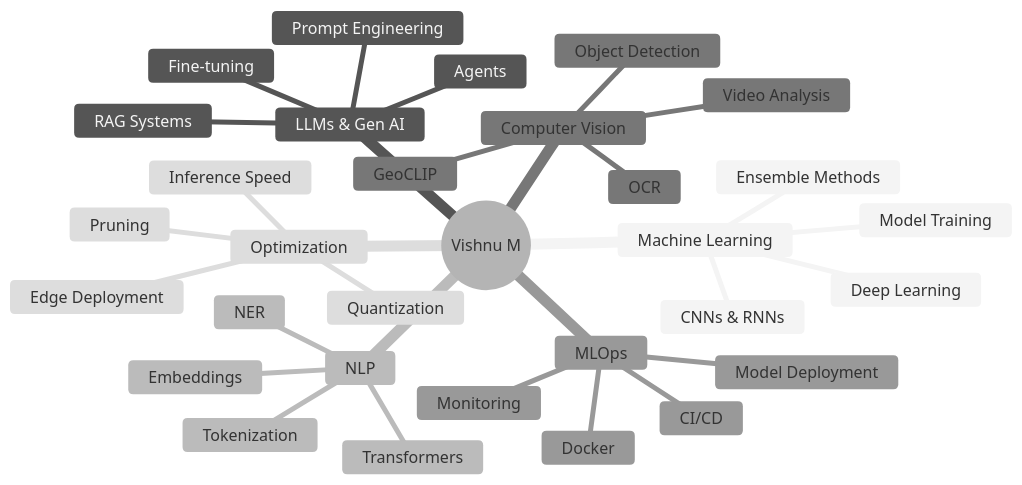
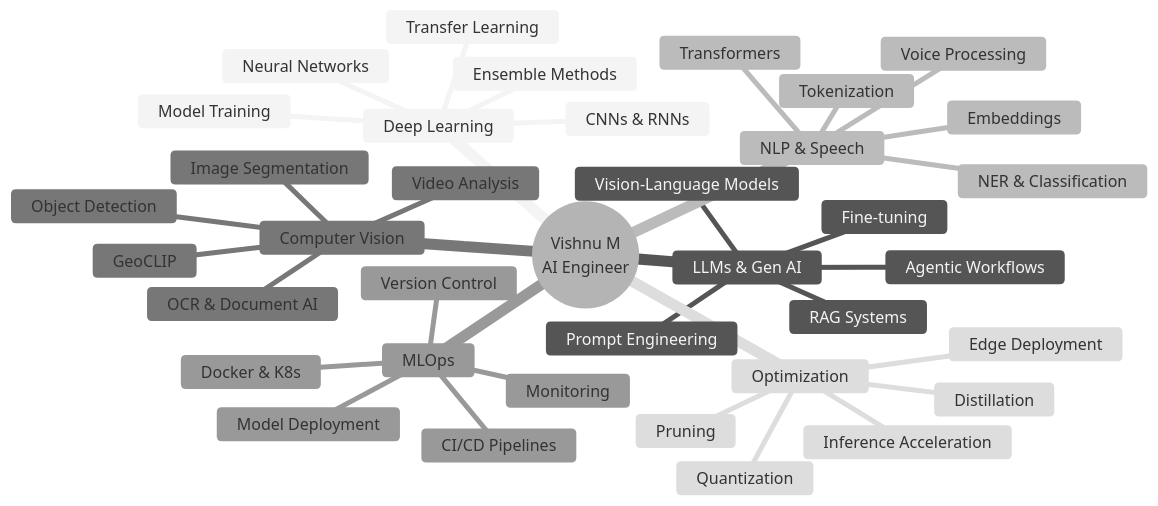
One commit to vishnu80152/vishnu80152 changed the diagram in README.md. Above: the diagram before and after it, drawn with Mermaid (neutral theme). The commit also changed other lines of this file, not shown here.

````diff
--- a/README.md
+++ b/README.md
@@ -372,34 +414,40 @@
 ```mermaid
 mindmap
-  root((Vishnu M))
-    Machine Learning
-      Deep Learning
+  root((Vishnu M<br/>AI Engineer))
+    Deep Learning
+      Neural Networks
       CNNs & RNNs
+      Transfer Learning
       Model Training
       Ensemble Methods
     LLMs & Gen AI
       RAG Systems
-      Agents
+      Agentic Workflows
       Prompt Engineering
       Fine-tuning
-    NLP
+      Vision-Language Models
+    NLP & Speech
       Transformers
       Embeddings
       Tokenization
-      NER
+      NER & Classification
+      Voice Processing
     Computer Vision
-      OCR
       Object Detection
+      OCR & Document AI
       Video Analysis
       GeoCLIP
+      Image Segmentation
     MLOps
-      Docker
-      CI/CD
+      Docker & K8s
+      CI/CD Pipelines
       Model Deployment
       Monitoring
+      Version Control
     Optimization
       Quantization
       Pruning
+      Distillation
       Edge Deployment
-      Inference Speed
+      Inference Acceleration
 ```
````
